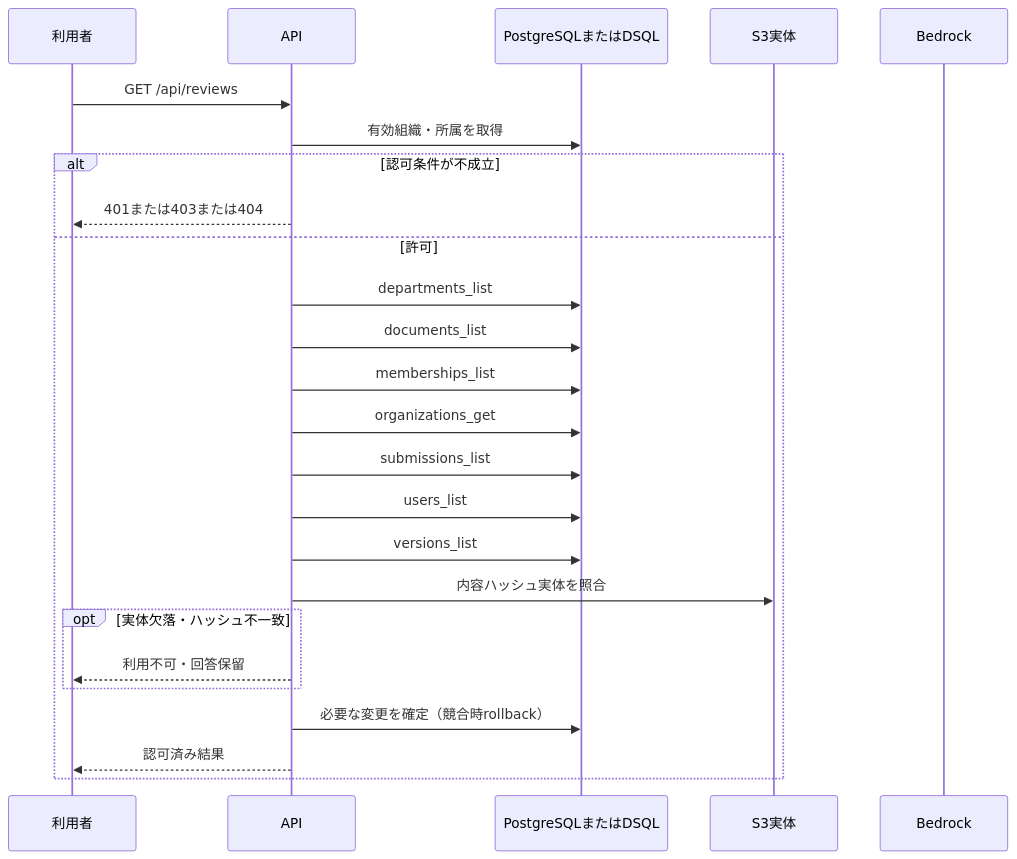
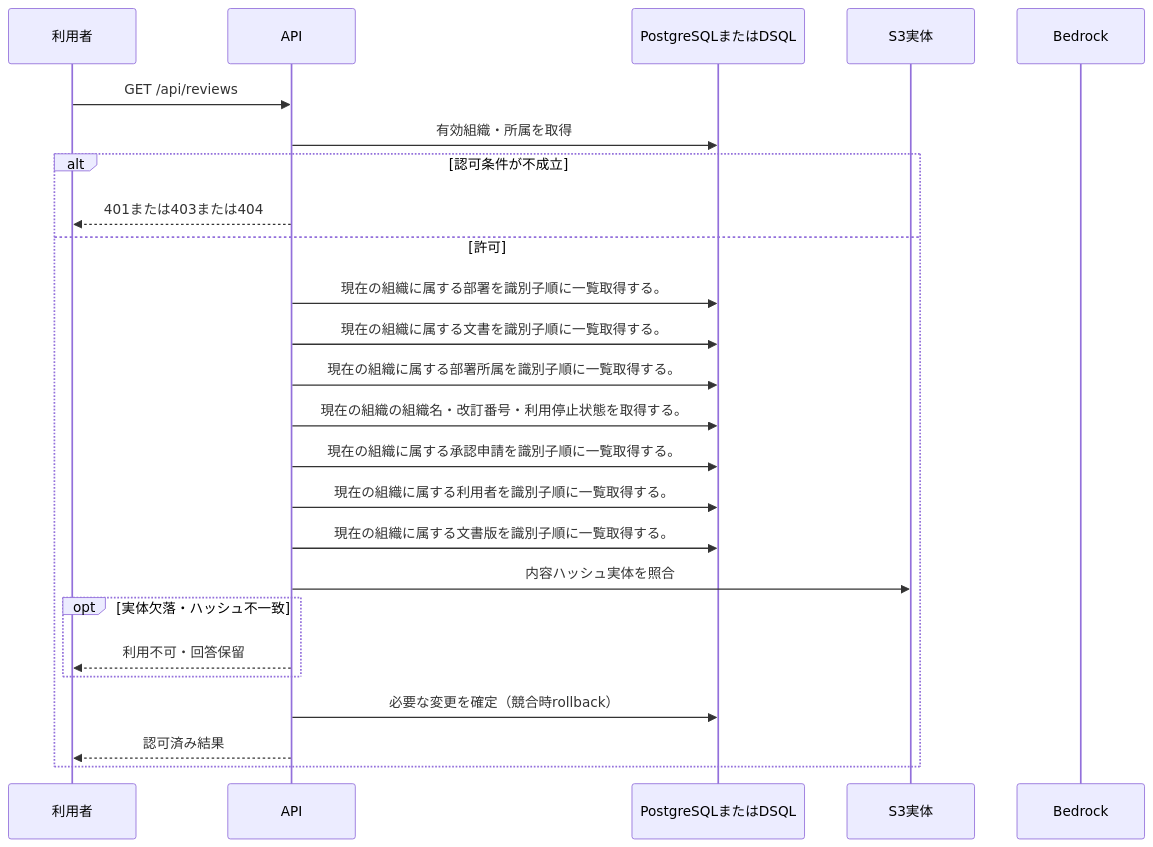
One commit to tsuji-tomonori/KotoRelay changed the diagram in docs/design/generated/api/reviews/list_reviews/sequence.md. Above: the diagram before and after it, drawn with Mermaid. The commit also changed other lines of this file and 286 other files, not shown here.

````diff
--- a/docs/design/generated/api/reviews/list_reviews/sequence.md
+++ b/docs/design/generated/api/reviews/list_reviews/sequence.md
@@ -7,27 +7,27 @@
 ```mermaid
 sequenceDiagram
     participant U as 利用者
     participant A as API
     participant D as PostgreSQLまたはDSQL
     participant S as S3実体
     participant M as Bedrock
     U->>A: GET /api/reviews
     A->>D: 有効組織・所属を取得
     alt 認可条件が不成立
         A-->>U: 401または403または404
     else 許可
-        A->>D: departments_list
-        A->>D: documents_list
-        A->>D: memberships_list
-        A->>D: organizations_get
-        A->>D: submissions_list
-        A->>D: users_list
-        A->>D: versions_list
+        A->>D: 現在の組織に属する部署を識別子順に一覧取得する。
+        A->>D: 現在の組織に属する文書を識別子順に一覧取得する。
+        A->>D: 現在の組織に属する部署所属を識別子順に一覧取得する。
+        A->>D: 現在の組織の組織名・改訂番号・利用停止状態を取得する。
+        A->>D: 現在の組織に属する承認申請を識別子順に一覧取得する。
+        A->>D: 現在の組織に属する利用者を識別子順に一覧取得する。
+        A->>D: 現在の組織に属する文書版を識別子順に一覧取得する。
         A->>S: 内容ハッシュ実体を照合
         opt 実体欠落・ハッシュ不一致
             A-->>U: 利用不可・回答保留
         end
         A->>D: 必要な変更を確定（競合時rollback）
         A-->>U: 認可済み結果
     end
 ```
````
